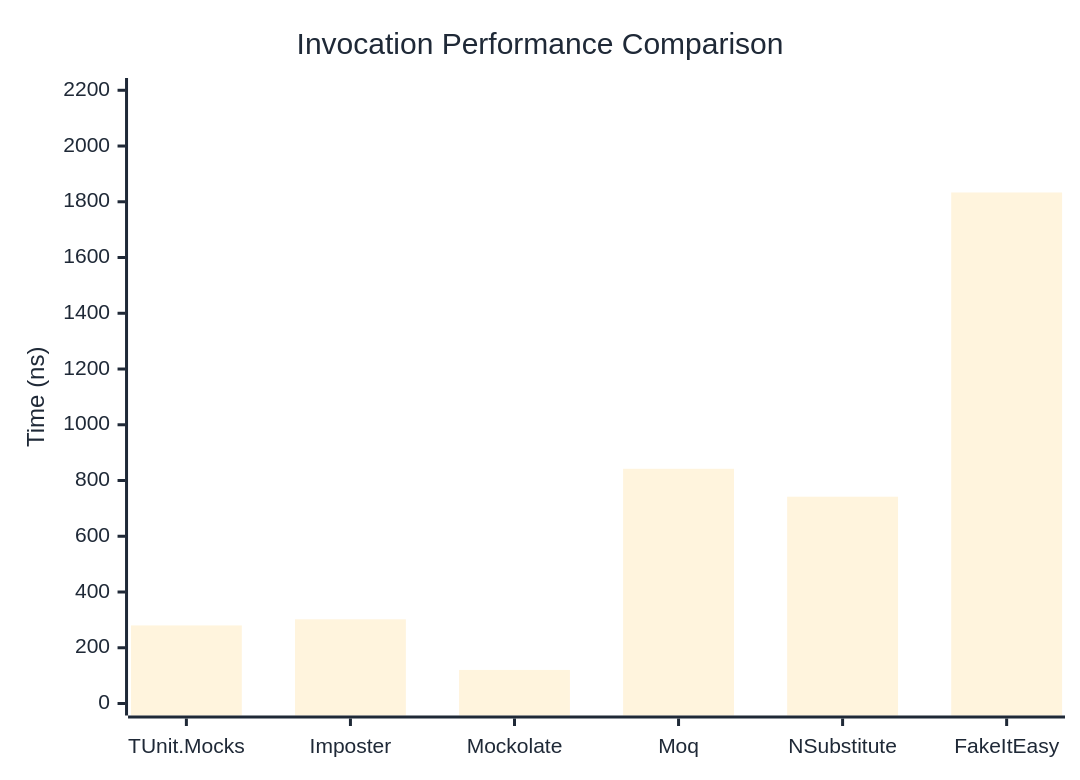
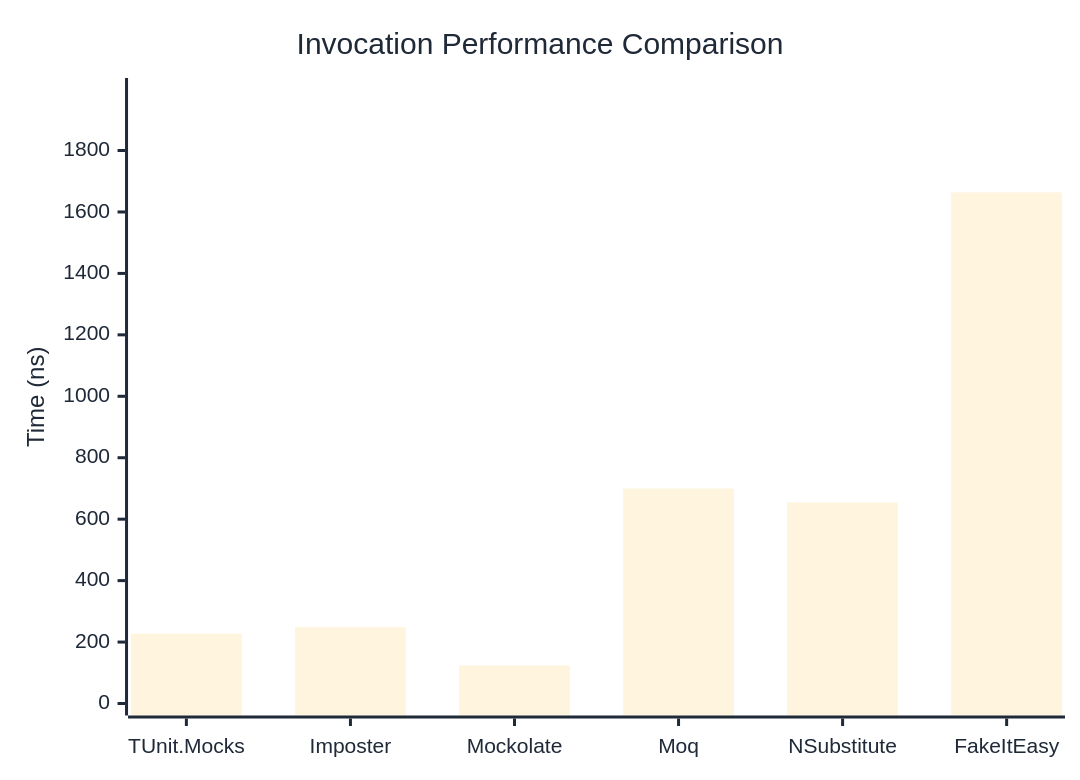
One commit to thomhurst/TUnit changed the first of 3 diagrams in docs/docs/benchmarks/mocks/Invocation.md. Above: the diagram before and after it, drawn with Mermaid. The commit also changed other lines of this file and 14 other files, not shown here.

````diff
--- a/docs/docs/benchmarks/mocks/Invocation.md
+++ b/docs/docs/benchmarks/mocks/Invocation.md
@@ -30,27 +30,27 @@
 ```mermaid
 %%{init: {
   'theme':'base',
   'themeVariables': {
     'primaryColor': '#2563eb',
     'primaryTextColor': '#1f2937',
     'primaryBorderColor': '#1e40af',
     'lineColor': '#6b7280',
     'secondaryColor': '#7c3aed',
     'tertiaryColor': '#dc2626',
     'background': '#ffffff',
     'pie1': '#2563eb',
     'pie2': '#7c3aed',
     'pie3': '#dc2626',
     'pie4': '#f59e0b',
     'pie5': '#10b981',
     'pie6': '#06b6d4',
     'pie7': '#ec4899',
     'pie8': '#6366f1'
   }
 }}%%
 xychart-beta
   title "Invocation Performance Comparison"
   x-axis ["TUnit.Mocks", "Imposter", "Mockolate", "Moq", "NSubstitute", "FakeItEasy"]
-  y-axis "Time (ns)" 0 --> 2201
-  bar [280.1, 302.1, 120.4, 842.1, 741.9, 1833.4]
+  y-axis "Time (ns)" 0 --> 1997
+  bar [227.3, 248.3, 123.8, 699.7, 654.9, 1663.7]
 ```
````
